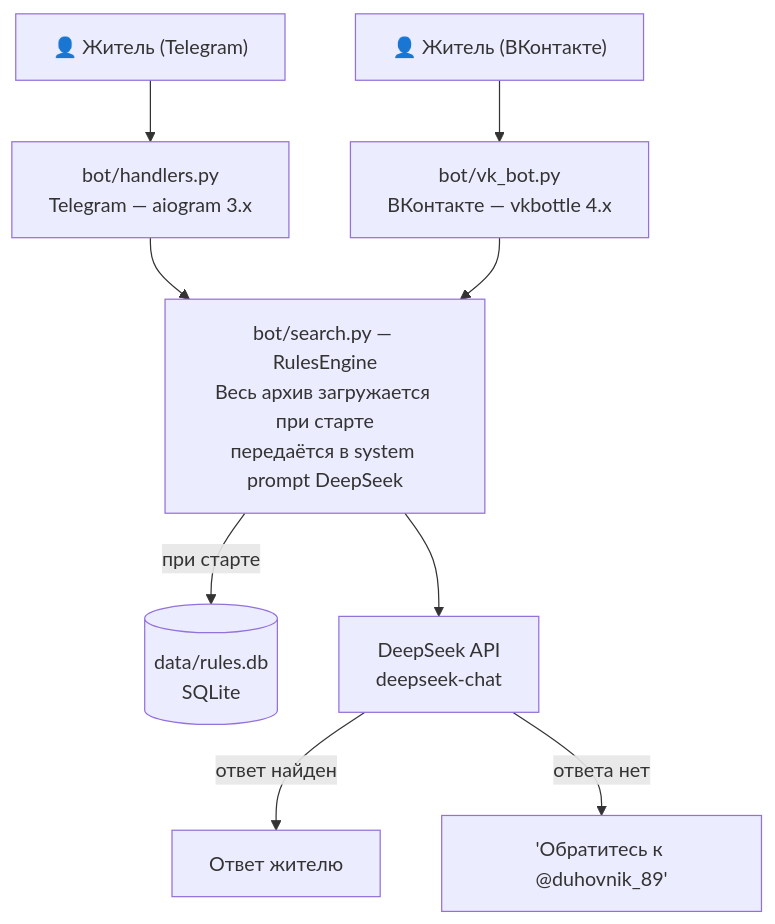
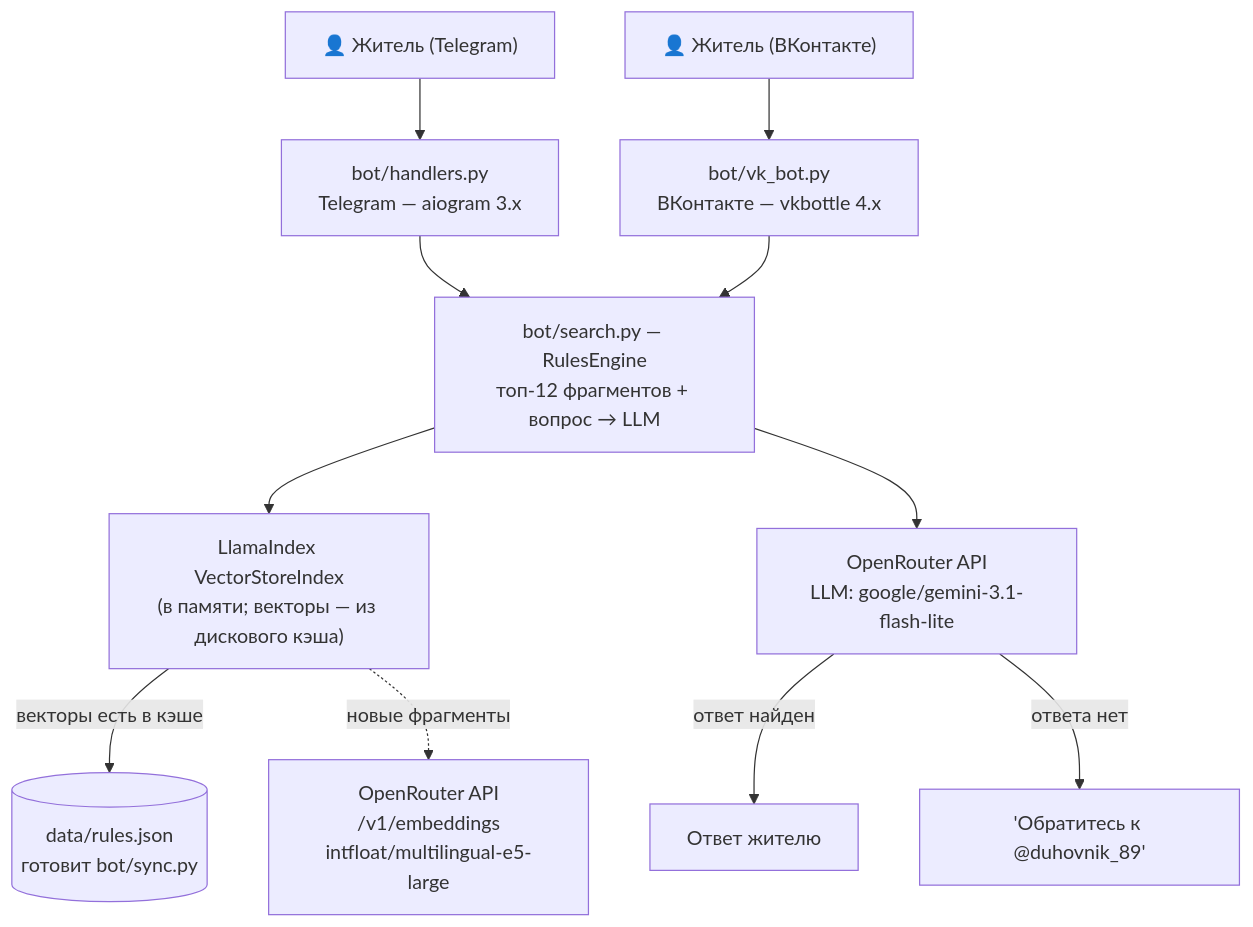
The diagram in README.md (duhovnik89/bot2reki_async_RAG), drawn with Mermaid before and after one commit. The commit also changed other lines of this file and 20 other files, not shown here.

````diff
--- a/README.md
+++ b/README.md
@@ -29,24 +40,28 @@
 ```mermaid
 flowchart TD
     U1["👤 Житель (Telegram)"]
     U2["👤 Житель (ВКонтакте)"]
 
     TG["bot/handlers.py\nTelegram — aiogram 3.x"]
     VK["bot/vk_bot.py\nВКонтакте — vkbottle 4.x"]
 
-    RE["bot/search.py — RulesEngine\nВесь архив загружается при старте\nпередаётся в system prompt DeepSeek"]
+    IDX["LlamaIndex VectorStoreIndex\n(в памяти; векторы — из дискового кэша)"]
+    EMB["OpenRouter API\n/v1/embeddings\nintfloat/multilingual-e5-large"]
+    RE["bot/search.py — RulesEngine\nтоп-12 фрагментов + вопрос → LLM"]
 
-    DB[("data/rules.db\nSQLite")]
-    DS["DeepSeek API\ndeepseek-chat"]
+    JSON[("data/rules.json\nготовит bot/sync.py")]
+    DS["OpenRouter API\nLLM: google/gemini-3.1-flash-lite"]
 
     ANS["Ответ жителю"]
     ADM["'Обратитесь к @duhovnik_89'"]
 
     U1 --> TG
     U2 --> VK
     TG & VK --> RE
-    RE -->|"при старте"| DB
+    RE --> IDX
+    IDX -->|"векторы есть в кэше"| JSON
+    IDX -.->|"новые фрагменты"| EMB
     RE --> DS
     DS -->|"ответ найден"| ANS
     DS -->|"ответа нет"| ADM
 ```
````
